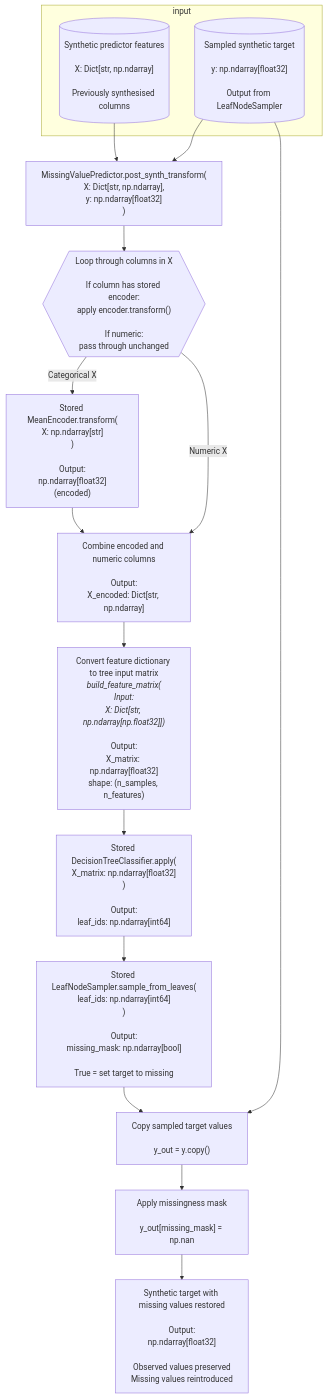
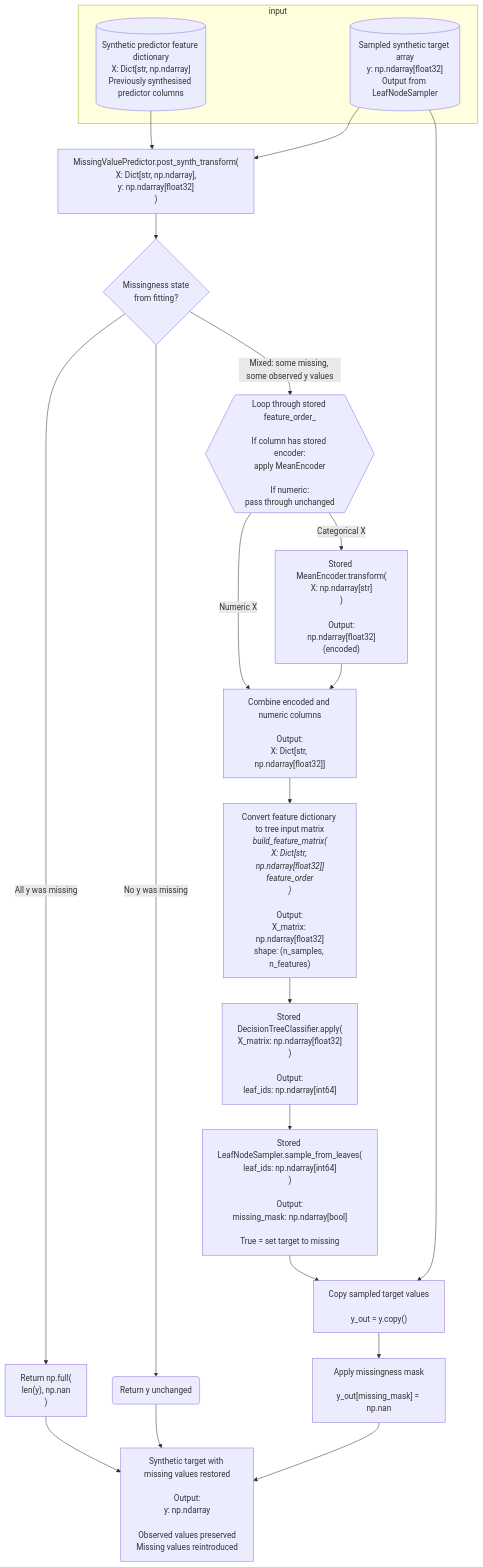
Before and after one commit to duonl/synthpop-py: the fourth of 9 diagrams in docs/source/developer/way_of_working/dataflowdiagram.md, drawn with Mermaid. The commit also changed other lines of this file, not shown here.

Commit message:
complete missing value predictor diagrams

````diff
--- a/docs/source/developer/way_of_working/dataflowdiagram.md
+++ b/docs/source/developer/way_of_working/dataflowdiagram.md
@@ -238,47 +238,48 @@
 ```{mermaid}
 ---
 zoom:
 ---
 
 flowchart TD
 
       subgraph input
-            FEATURES[("Synthetic predictor features<br/><br/>X: Dict[str, np.ndarray]<br/><br/>Previously synthesised columns")]
-            TARGET[("Sampled synthetic target<br/><br/>y: np.ndarray[float32]<br/><br/>Output from LeafNodeSampler")]
+            FEATURES[("Synthetic predictor feature dictionary<br/>X: Dict[str, np.ndarray]<br/>Previously synthesised predictor columns")]
+            TARGET[("Sampled synthetic target array<br/>y: np.ndarray[float32]<br/>Output from LeafNodeSampler")]
       end
 
 
       FEATURES --> MVP["MissingValuePredictor.post_synth_transform(<br/>X: Dict[str, np.ndarray],<br/>y: np.ndarray[float32]<br/>)"]
-
       TARGET --> MVP
 
+      MVP --> STATUS{"Missingness state<br/>from fitting?"}
 
-      MVP --> LOOP{{"Loop through columns in X<br/><br/>If column has stored encoder:<br/>apply encoder.transform()<br/><br/>If numeric:<br/>pass through unchanged"}}
+      STATUS -->|Mixed: some missing, some observed y values| LOOP{{"Loop through stored feature_order_<br/><br/>If column has stored encoder:<br/>apply MeanEncoder<br/><br/>If numeric:<br/>pass through unchanged"}}
 
       LOOP -->|Categorical X| ENC["Stored MeanEncoder.transform(<br/>X: np.ndarray[str]<br/>)<br/><br/>Output:<br/>np.ndarray[float32]<br/>(encoded)"]
 
 
-      LOOP -->|Numeric X| MERGE["Combine encoded and numeric columns<br/><br/>Output:<br/>X_encoded: Dict[str, np.ndarray]"]
+      LOOP -->|Numeric X| MERGE["Combine encoded and numeric columns<br/><br/>Output:<br/>X: Dict[str, np.ndarray[float32]]"]
 
       ENC --> MERGE
 
 
-      MERGE --> MATRIX["`Convert feature dictionary to tree input matrix<br/>*build_feature_matrix(<br/>Input:<br/>X: Dict[str, np.ndarray[np.float32]])*<br/><br/>Output:<br/>X_matrix: np.ndarray[float32]<br/>shape: (n_samples, n_features)`"]
+      MERGE --> MATRIX["`Convert feature dictionary to tree input matrix<br/>*_build_feature_matrix(<br/>X: Dict[str, np.ndarray[float32]]<br/>feature_order_<br/>)*<br/><br/>Output:<br/>X_matrix: np.ndarray[float32]<br/>shape: (n_samples, n_features)`"]
 
 
       MATRIX --> APPLY["Stored DecisionTreeClassifier.apply(<br/>X_matrix: np.ndarray[float32]<br/>)<br/><br/>Output:<br/>leaf_ids: np.ndarray[int64]"]
 
 
       APPLY --> SAMPLE["Stored LeafNodeSampler.sample_from_leaves(<br/>leaf_ids: np.ndarray[int64]<br/>)<br/><br/>Output:<br/>missing_mask: np.ndarray[bool]<br/><br/>True = set target to missing"]
 
 
-      TARGET --> MASK["Copy sampled target values<br/><br/>y_out = y.copy()"]
-
-      SAMPLE --> MASK
+      SAMPLE --> MASK["Copy sampled target values<br/><br/>y_out = y.copy()"]
+      TARGET --> MASK
 
 
       MASK --> RESTORE["Apply missingness mask<br/><br/>y_out[missing_mask] = np.nan"]
 
+      STATUS -->|All y was missing| Y_MISSING["Return np.full(<br/>len(y), np.nan<br/>)"] --> OUTPUT
+      STATUS -->|No y was missing| Y_OBSERVED("Return y unchanged") --> OUTPUT
 
-      RESTORE --> OUTPUT["Synthetic target with missing values restored<br/><br/>Output:<br/>np.ndarray[float32]<br/><br/>Observed values preserved<br/>Missing values reintroduced"]
+      RESTORE --> OUTPUT["Synthetic target with missing values restored<br/><br/>Output:<br/>y: np.ndarray<br/><br/>Observed values preserved<br/>Missing values reintroduced"]
 ```
````
